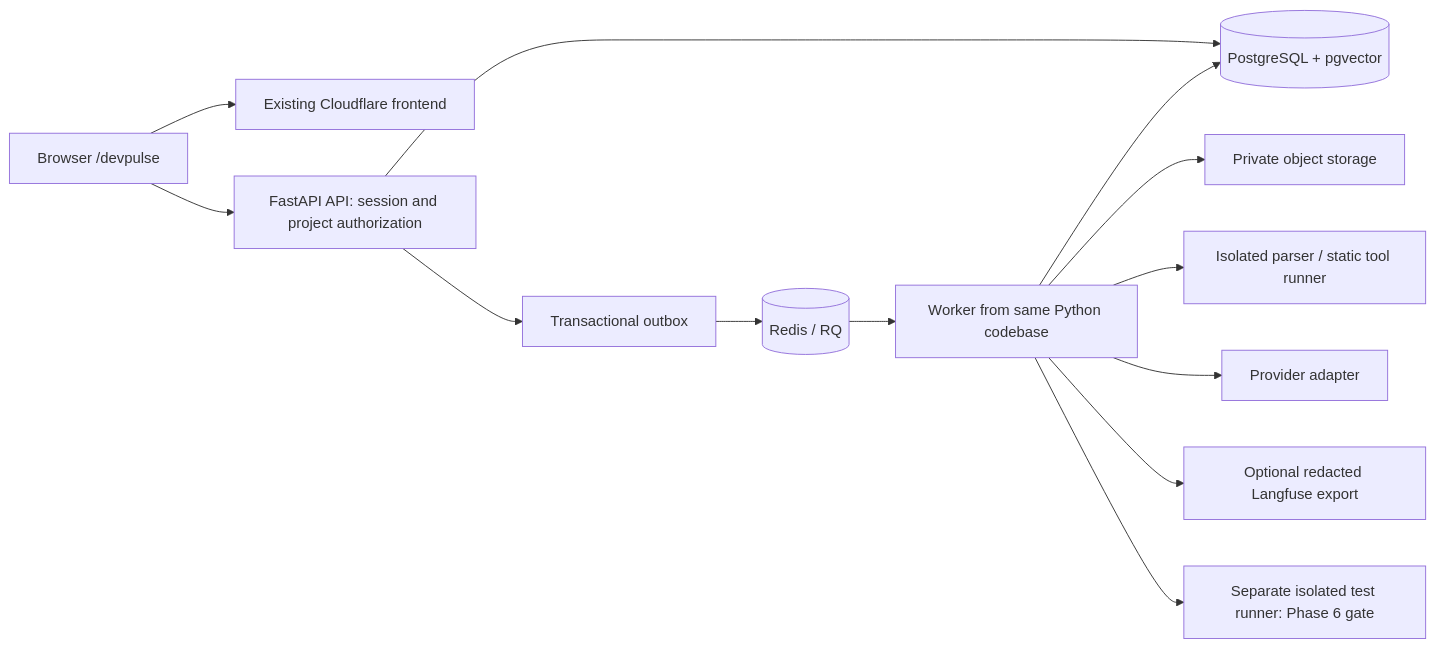
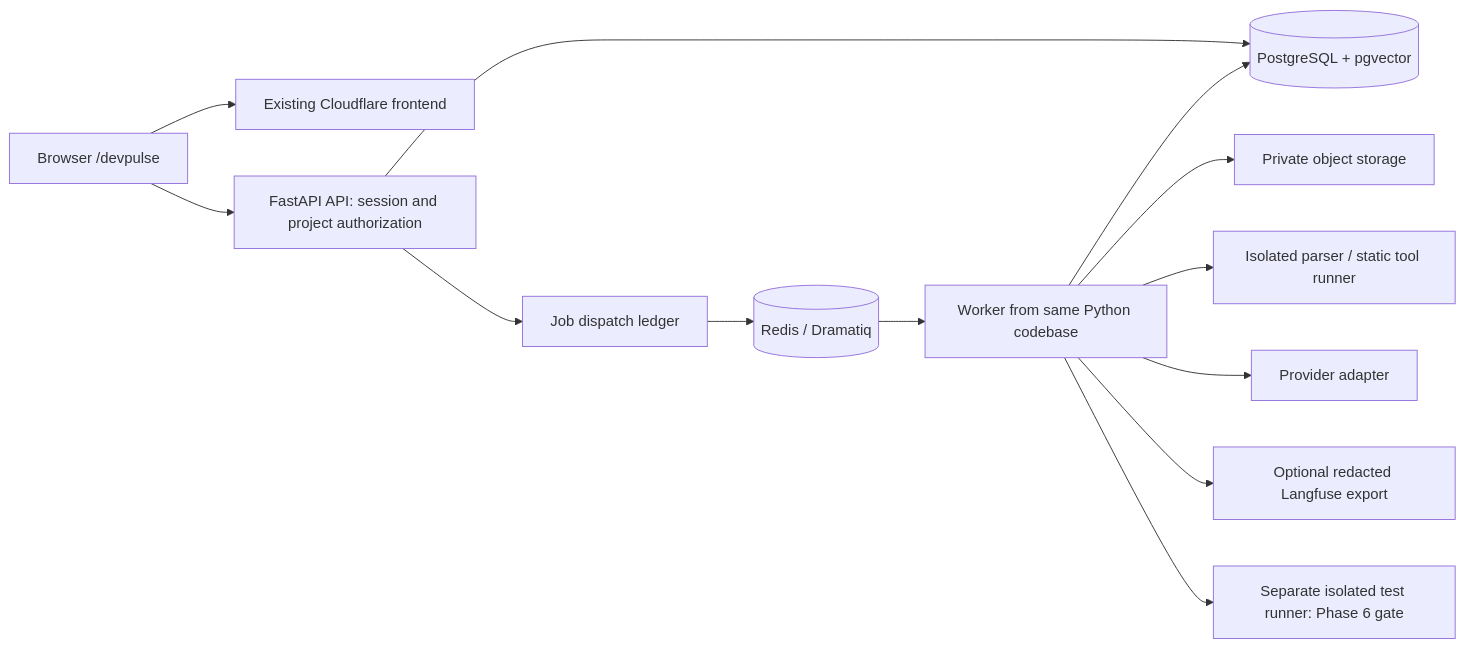
Before and after one commit to Gomaita/Alex_Portfolio_dev: the diagram in docs/devpulse/ARCHITECTURE.md, drawn with Mermaid. The commit also changed other lines of this file and 61 other files, not shown here.

````diff
--- a/docs/devpulse/ARCHITECTURE.md
+++ b/docs/devpulse/ARCHITECTURE.md
@@ -31,15 +41,15 @@
 ```mermaid
 flowchart LR
   B[Browser /devpulse] --> P[Existing Cloudflare frontend]
   B --> A[FastAPI API: session and project authorization]
   A --> D[(PostgreSQL + pgvector)]
-  A --> O[Transactional outbox]
-  O --> Q[(Redis / RQ)]
+  A --> O[Job dispatch ledger]
+  O --> Q[(Redis / Dramatiq)]
   Q --> W[Worker from same Python codebase]
   W --> D
   W --> S[Private object storage]
   W --> I[Isolated parser / static tool runner]
   W --> L[Provider adapter]
   W --> T[Optional redacted Langfuse export]
   W --> X[Separate isolated test runner: Phase 6 gate]
 ```
````
